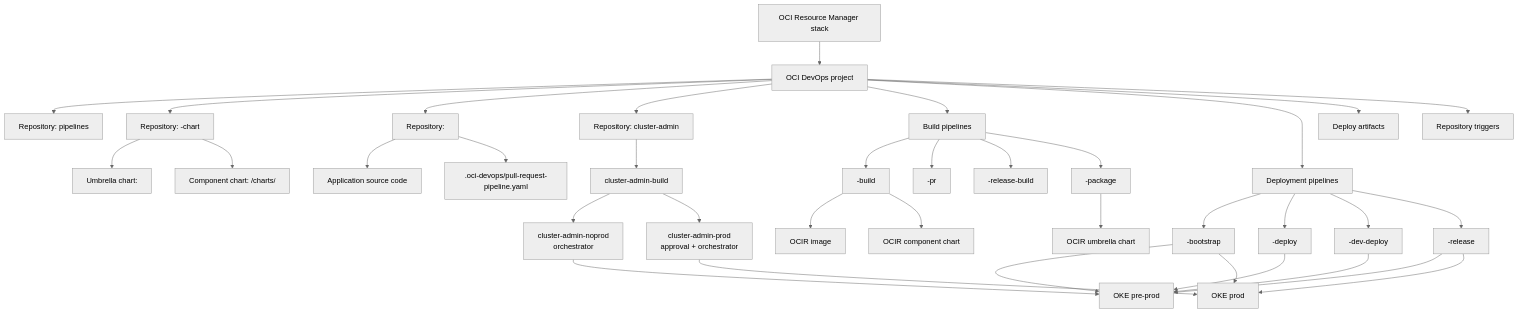
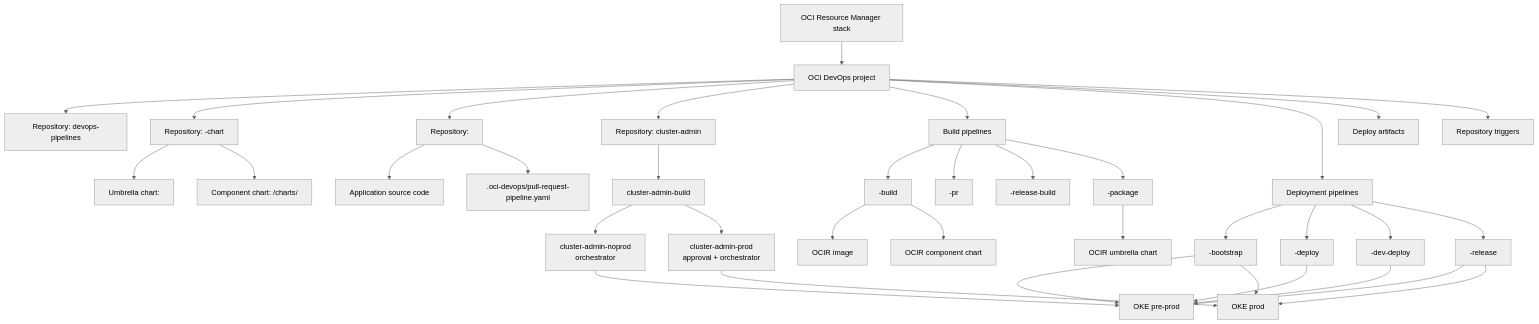
The first of 2 diagrams in oci-and-db/cloud-native/devops-and-containers/devops/oci-devops-rm/files/docs/architecture.md (oracle-devrel/technology-engineering), drawn with Mermaid (neutral theme) before and after one commit. The commit also changed other lines of this file and 190 other files, not shown here.

````diff
--- a/oci-and-db/cloud-native/devops-and-containers/devops/oci-devops-rm/files/docs/architecture.md
+++ b/oci-and-db/cloud-native/devops-and-containers/devops/oci-devops-rm/files/docs/architecture.md
@@ -13,45 +15,45 @@
 ```mermaid
 flowchart TB
   RM["OCI Resource Manager stack"] --> Project["OCI DevOps project"]
 
-  Project --> PipelinesRepo["Repository: pipelines"]
+  Project --> PipelinesRepo["Repository: devops-pipelines"]
   Project --> AppChartRepo["Repository: <application>-chart"]
   Project --> ComponentRepo["Repository: <component>"]
   Project --> ClusterAdminRepo["Repository: cluster-admin"]
 
   Project --> BuildPipelines["Build pipelines"]
   Project --> DeployPipelines["Deployment pipelines"]
   Project --> Artifacts["Deploy artifacts"]
   Project --> Triggers["Repository triggers"]
 
   AppChartRepo --> UmbrellaChart["Umbrella chart: <application>"]
   AppChartRepo --> ComponentChart["Component chart: <application>/charts/<component>"]
   ComponentRepo --> SourceCode["Application source code"]
   ComponentRepo --> PrSpec[".oci-devops/pull-request-pipeline.yaml"]
 
   BuildPipelines --> ComponentBuild["<component>-build"]
   BuildPipelines --> ComponentPr["<component>-pr"]
   BuildPipelines --> ReleaseBuild["<component>-release-build"]
   BuildPipelines --> AppPackage["<application>-package"]
 
   DeployPipelines --> AppBootstrap["<application>-bootstrap"]
   DeployPipelines --> AppDeploy["<application>-deploy"]
   DeployPipelines --> DevDeploy["<component>-dev-deploy"]
   DeployPipelines --> ReleaseDeploy["<component>-release"]
 
   ComponentBuild --> OCIRImage["OCIR image"]
   ComponentBuild --> OCIRComponentChart["OCIR component chart"]
   AppPackage --> OCIRAppChart["OCIR umbrella chart"]
 
   AppDeploy --> OkeNoprod["OKE pre-prod"]
   DevDeploy --> OkeNoprod
   ReleaseDeploy --> OkeNoprod
   ReleaseDeploy --> OkeProd["OKE prod"]
   AppBootstrap --> OkeNoprod
   AppBootstrap --> OkeProd
   ClusterAdminRepo --> AdminBuild["cluster-admin-build"]
   AdminBuild --> ClusterNoprod["cluster-admin-noprod\norchestrator"]
   AdminBuild --> ClusterProd["cluster-admin-prod\napproval + orchestrator"]
   ClusterNoprod --> OkeNoprod
   ClusterProd --> OkeProd
 ```
````
